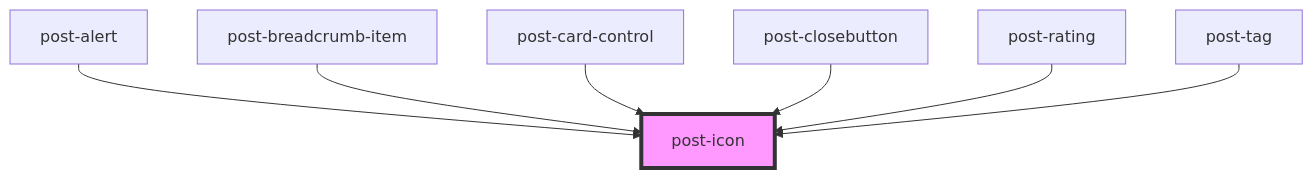
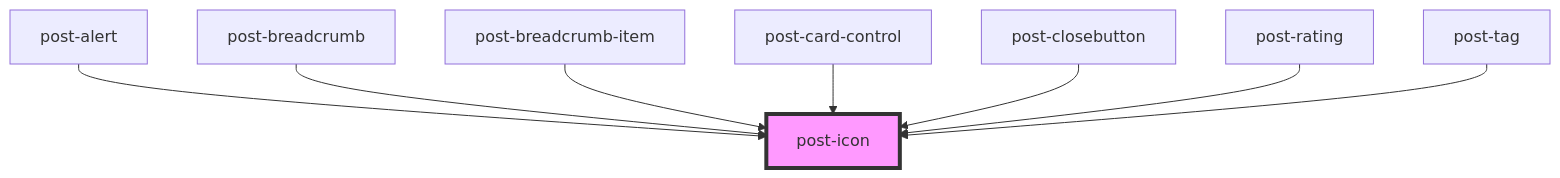
Before and after one commit to swisspost/design-system: the diagram in packages/components/src/components/post-icon/readme.md, drawn with Mermaid. The commit also changed other lines of this file, not shown here.

Commit message:
chore: autogenerated file

````diff
--- a/packages/components/src/components/post-icon/readme.md
+++ b/packages/components/src/components/post-icon/readme.md
@@ -33,10 +34,11 @@
 ```mermaid
 graph TD;
   post-alert --> post-icon
+  post-breadcrumb --> post-icon
   post-breadcrumb-item --> post-icon
   post-card-control --> post-icon
   post-closebutton --> post-icon
   post-rating --> post-icon
   post-tag --> post-icon
   style post-icon fill:#f9f,stroke:#333,stroke-width:4px
 ```
````
